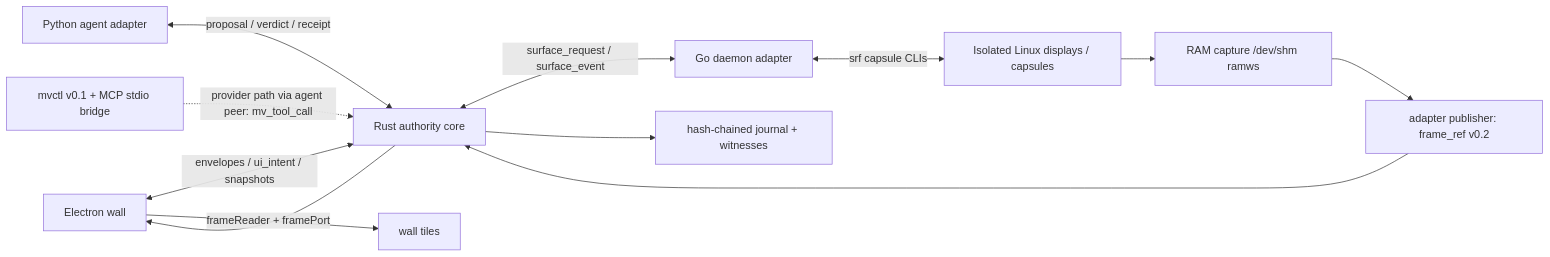
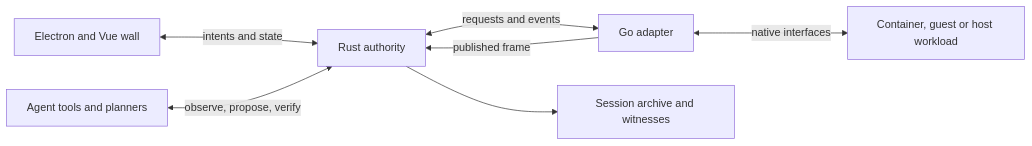
Before and after one commit to oguirado/MetaViewer: the first of 2 diagrams in docs/ARCHITECTURE.md, drawn with Mermaid. The commit also changed other lines of this file and 2289 other files, not shown here.

````diff
--- a/docs/ARCHITECTURE.md
+++ b/docs/ARCHITECTURE.md
@@ -19,14 +15,9 @@
 ```mermaid
 flowchart LR
-    UI[Electron wall] <-->|envelopes / ui_intent / snapshots| CORE[Rust authority core]
-    CORE <-->|surface_request / surface_event| ADAPTER[Go daemon adapter]
-    ADAPTER <-->|srf capsule CLIs| CAPS[Isolated Linux displays / capsules]
-    CAPS --> RAM[RAM capture /dev/shm ramws]
-    RAM --> PUB[adapter publisher: frame_ref v0.2]
-    PUB --> CORE
-    CORE --> UI
-    UI -->|frameReader + framePort| TILE[wall tiles]
-    AGENT[Python agent adapter] <-->|proposal / verdict / receipt| CORE
-    MVCTL[mvctl v0.1 + MCP stdio bridge] -.->|provider path via agent peer: mv_tool_call| CORE
-    CORE --> LOG[hash-chained journal + witnesses]
+    UI[Electron and Vue wall] <-->|intents and state| CORE[Rust authority]
+    AGENT[Agent tools and planners] <-->|observe, propose, verify| CORE
+    CORE <-->|requests and events| ADAPTER[Go adapter]
+    ADAPTER <-->|native interfaces| WORK[Container, guest or host workload]
+    ADAPTER -->|published frame| CORE
+    CORE --> JOURNAL[Session archive and witnesses]
 ```
````
